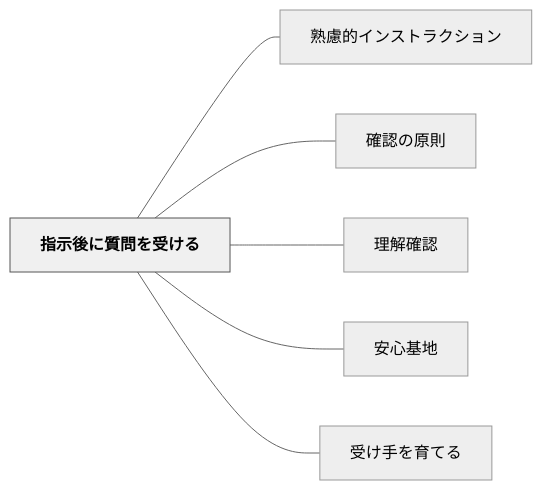
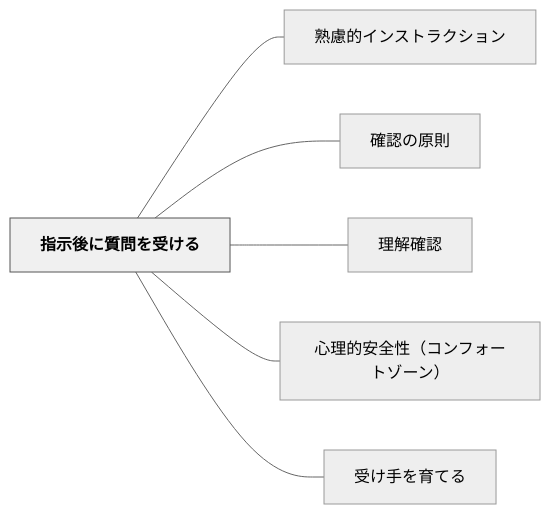
Before and after one commit to unknownthings-ed-patterns/unknownthings-ed-patterns: the diagram in content/パタン/指示後に質問を受ける.md, drawn with Mermaid (neutral theme). The commit also changed other lines of this file and 30 other files, not shown here.

````diff
--- a/content/パタン/指示後に質問を受ける.md
+++ b/content/パタン/指示後に質問を受ける.md
@@ -36,18 +36,18 @@
 ```mermaid
 flowchart LR
     ne68c87e7a4bae5be8ce381abe8b3aae5958fe38292e58f97e38191e3828b["指示後に質問を受ける"]
     ne7869fe685aee79a84e382a4e383b3e382b9e38388e383a9e382afe382b7e383a7e383b3["熟慮的インストラクション"]
     ne7a2bae8aa8de381aee58e9fe58987["確認の原則"]
     ne79086e8a7a3e7a2bae8aa8d["理解確認"]
-    ne5ae89e5bf83e59fbae59cb0["安心基地"]
+    ne5bf83e79086e79a84e5ae89e585a8e680a7efbc88e382b3e383b3e38395e382a9e383bce38388e382bee383bce383b3efbc89["心理的安全性（コンフォートゾーン）"]
     ne58f97e38191e6898be38292e882b2e381a6e3828b["受け手を育てる"]
 
     ne68c87e7a4bae5be8ce381abe8b3aae5958fe38292e58f97e38191e3828b --- ne7869fe685aee79a84e382a4e383b3e382b9e38388e383a9e382afe382b7e383a7e383b3
     ne68c87e7a4bae5be8ce381abe8b3aae5958fe38292e58f97e38191e3828b --- ne7a2bae8aa8de381aee58e9fe58987
     ne68c87e7a4bae5be8ce381abe8b3aae5958fe38292e58f97e38191e3828b --- ne79086e8a7a3e7a2bae8aa8d
-    ne68c87e7a4bae5be8ce381abe8b3aae5958fe38292e58f97e38191e3828b --- ne5ae89e5bf83e59fbae59cb0
+    ne68c87e7a4bae5be8ce381abe8b3aae5958fe38292e58f97e38191e3828b --- ne5bf83e79086e79a84e5ae89e585a8e680a7efbc88e382b3e383b3e38395e382a9e383bce38388e382bee383bce383b3efbc89
     ne68c87e7a4bae5be8ce381abe8b3aae5958fe38292e58f97e38191e3828b --- ne58f97e38191e6898be38292e882b2e381a6e3828b
 
     classDef hub fill:#f0f0f0,stroke:#555,color:#000,font-weight:bold
     class ne68c87e7a4bae5be8ce381abe8b3aae5958fe38292e58f97e38191e3828b hub
 ```
````
